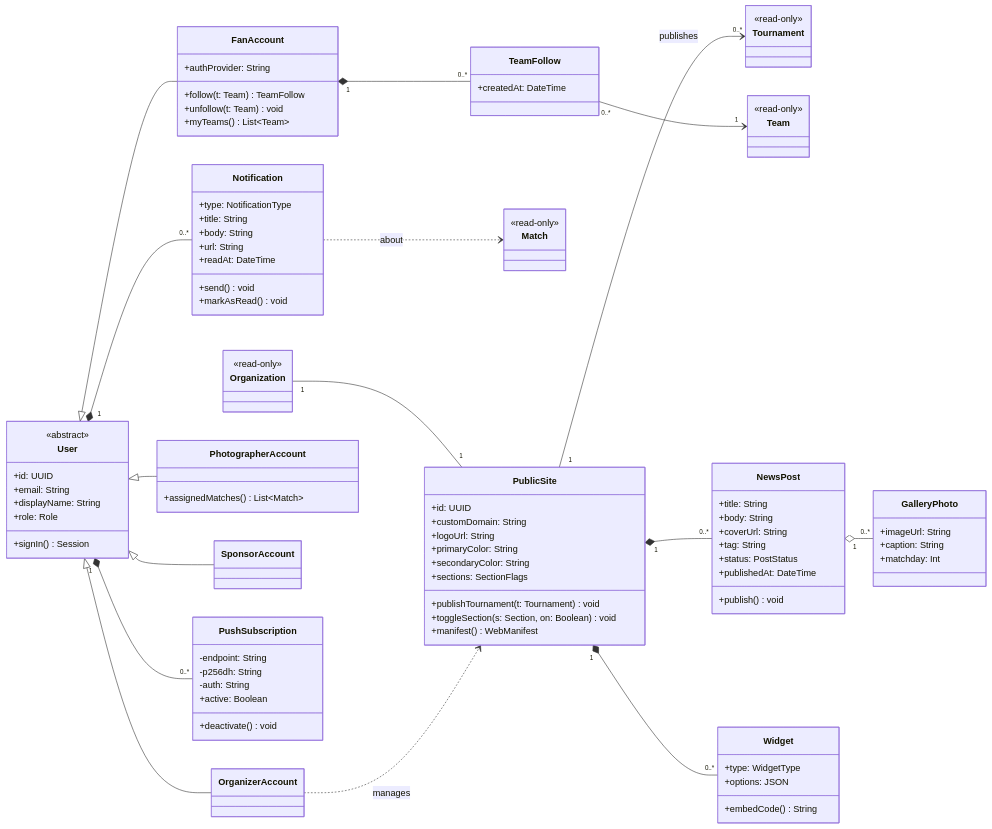
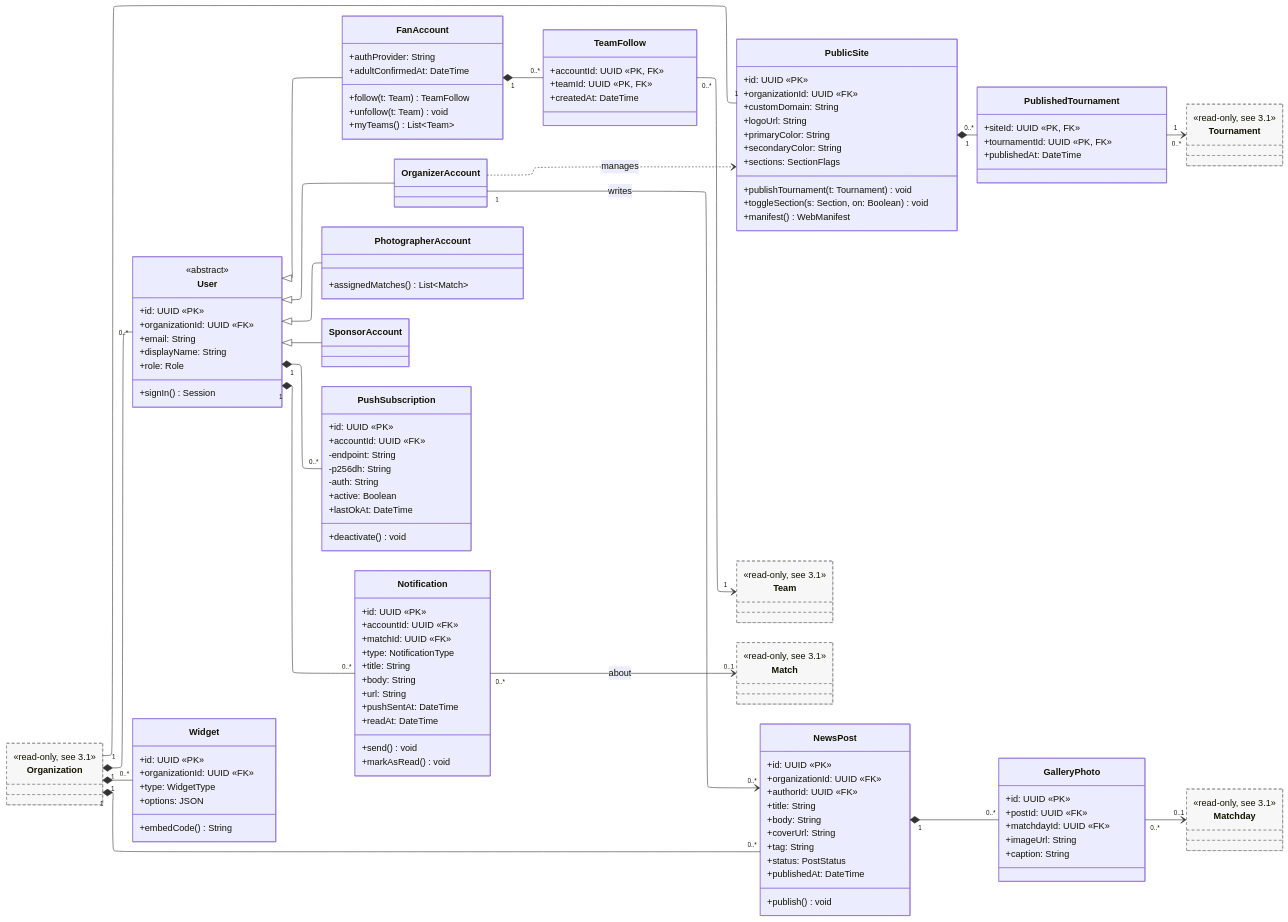
One commit to hmragencia/ingesoft2-tournament-platform changed the second of 4 diagrams in Workshop-2/03-class-diagram.md. Above: the diagram before and after it, drawn with Mermaid. The commit also changed other lines of this file and 12 other files, not shown here.

````diff
--- a/Workshop-2/03-class-diagram.md
+++ b/Workshop-2/03-class-diagram.md
@@ -128,8 +189,13 @@
 ```mermaid
+---
+config:
+  layout: elk
+---
 classDiagram
   direction LR
   class PublicSite {
-    +id: UUID
+    +id: UUID «PK»
+    +organizationId: UUID «FK»
     +customDomain: String
     +logoUrl: String
     +primaryColor: String
@@ -139,21 +205,30 @@
     +toggleSection(s: Section, on: Boolean) void
     +manifest() WebManifest
   }
-  class Organization {
-    <<read-only>>
+  class PublishedTournament {
+    +siteId: UUID «PK, FK»
+    +tournamentId: UUID «PK, FK»
+    +publishedAt: DateTime
   }
-  class Tournament {
-    <<read-only>>
+  class Organization:::reference {
+    <<read-only, see 3.1>>
   }
-  class Team {
-    <<read-only>>
+  class Tournament:::reference {
+    <<read-only, see 3.1>>
   }
-  class Match {
-    <<read-only>>
+  class Team:::reference {
+    <<read-only, see 3.1>>
+  }
+  class Match:::reference {
+    <<read-only, see 3.1>>
+  }
+  class Matchday:::reference {
+    <<read-only, see 3.1>>
   }
   class User {
     <<abstract>>
-    +id: UUID
+    +id: UUID «PK»
+    +organizationId: UUID «FK»
     +email: String
     +displayName: String
     +role: Role
@@ -161,6 +236,7 @@
   }
   class FanAccount {
     +authProvider: String
+    +adultConfirmedAt: DateTime
     +follow(t: Team) TeamFollow
     +unfollow(t: Team) void
     +myTeams() List~Team~
@@ -171,25 +247,37 @@
   }
   class SponsorAccount
   class TeamFollow {
+    +accountId: UUID «PK, FK»
+    +teamId: UUID «PK, FK»
     +createdAt: DateTime
   }
   class PushSubscription {
+    +id: UUID «PK»
+    +accountId: UUID «FK»
     -endpoint: String
     -p256dh: String
     -auth: String
     +active: Boolean
+    +lastOkAt: DateTime
     +deactivate() void
   }
   class Notification {
+    +id: UUID «PK»
+    +accountId: UUID «FK»
+    +matchId: UUID «FK»
     +type: NotificationType
     +title: String
     +body: String
     +url: String
+    +pushSentAt: DateTime
     +readAt: DateTime
     +send() void
     +markAsRead() void
   }
   class NewsPost {
+    +id: UUID «PK»
+    +organizationId: UUID «FK»
+    +authorId: UUID «FK»
     +title: String
     +body: String
     +coverUrl: String
@@ -199,18 +287,24 @@
     +publish() void
   }
   class GalleryPhoto {
+    +id: UUID «PK»
+    +postId: UUID «FK»
+    +matchdayId: UUID «FK»
     +imageUrl: String
     +caption: String
-    +matchday: Int
   }
   class Widget {
+    +id: UUID «PK»
+    +organizationId: UUID «FK»
     +type: WidgetType
     +options: JSON
     +embedCode() String
   }
 
   Organization "1" -- "1" PublicSite
-  PublicSite "1" --> "0..*" Tournament : publishes
+  PublicSite "1" *-- "0..*" PublishedTournament
+  PublishedTournament "0..*" --> "1" Tournament
+  Organization "1" *-- "0..*" User
   User <|-- FanAccount
   User <|-- OrganizerAccount
   User <|-- PhotographerAccount
@@ -219,9 +313,13 @@
   TeamFollow "0..*" --> "1" Team
   User "1" *-- "0..*" PushSubscription
   User "1" *-- "0..*" Notification
-  Notification ..> Match : about
-  PublicSite "1" *-- "0..*" NewsPost
-  NewsPost "1" o-- "0..*" GalleryPhoto
-  PublicSite "1" *-- "0..*" Widget
+  Notification "0..*" --> "0..1" Match : about
+  Organization "1" *-- "0..*" NewsPost
+  OrganizerAccount "1" --> "0..*" NewsPost : writes
+  NewsPost "1" *-- "0..*" GalleryPhoto
+  GalleryPhoto "0..*" --> "0..1" Matchday
+  Organization "1" *-- "0..*" Widget
   OrganizerAccount ..> PublicSite : manages
+
+  classDef reference fill:#f7f7f7,stroke:#888,stroke-dasharray:5 4
 ```
````
